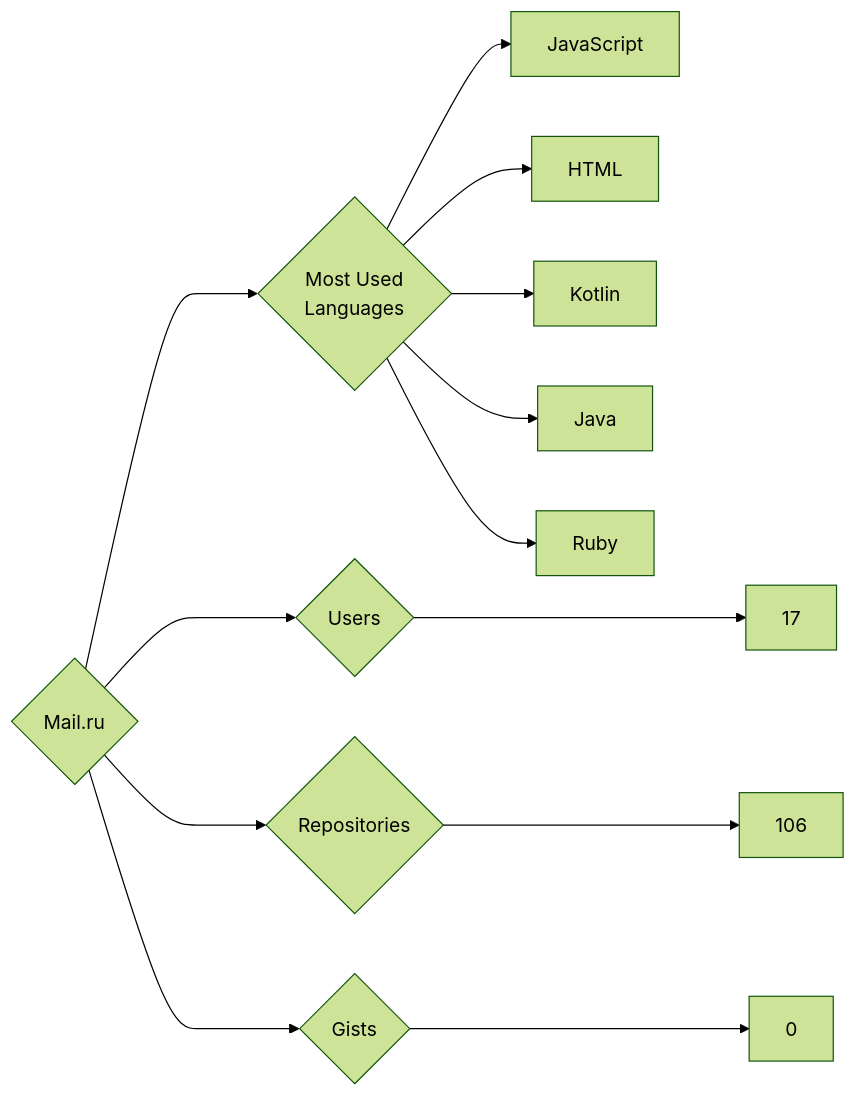
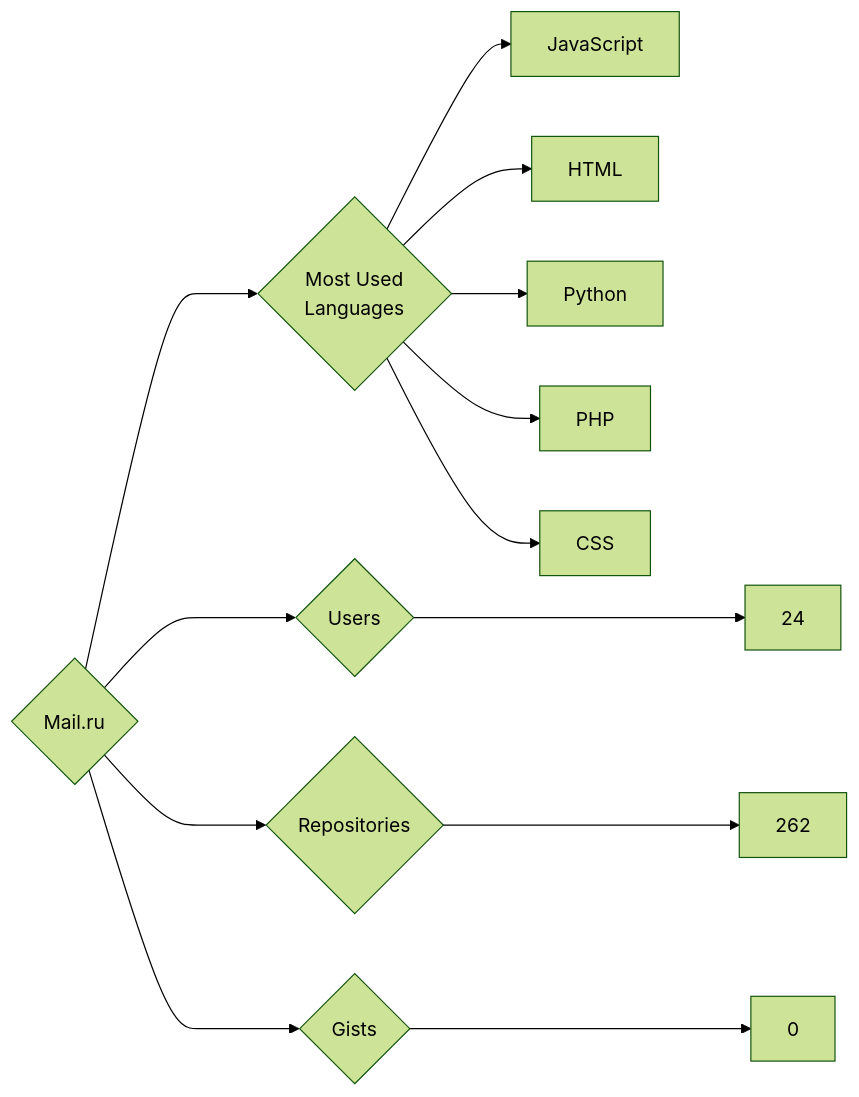
The diagram in targets/Mail.ru/README.md (trickest/insiders), drawn with Mermaid (forest theme) before and after one commit. The commit also changed 953 other files, not shown here.

````diff
--- a/targets/Mail.ru/README.md
+++ b/targets/Mail.ru/README.md
@@ -3,13 +3,13 @@
 ```mermaid
 graph LR
 COMPANY_NAME{Mail.ru}
-COMPANY_NAME ---> U{Users} ---> UN[17]
-COMPANY_NAME ---> R{Repositories} ---> RN[106]
+COMPANY_NAME ---> U{Users} ---> UN[24]
+COMPANY_NAME ---> R{Repositories} ---> RN[262]
 COMPANY_NAME ---> G{Gists} ---> GN[0]
 COMPANY_NAME ---> ML{Most Used<br>Languages}
 ML --> JavaScript[JavaScript]
 ML --> HTML[HTML]
-ML --> Kotlin[Kotlin]
-ML --> Java[Java]
-ML --> Ruby[Ruby]
+ML --> Python[Python]
+ML --> PHP[PHP]
+ML --> CSS[CSS]
 ```
````
